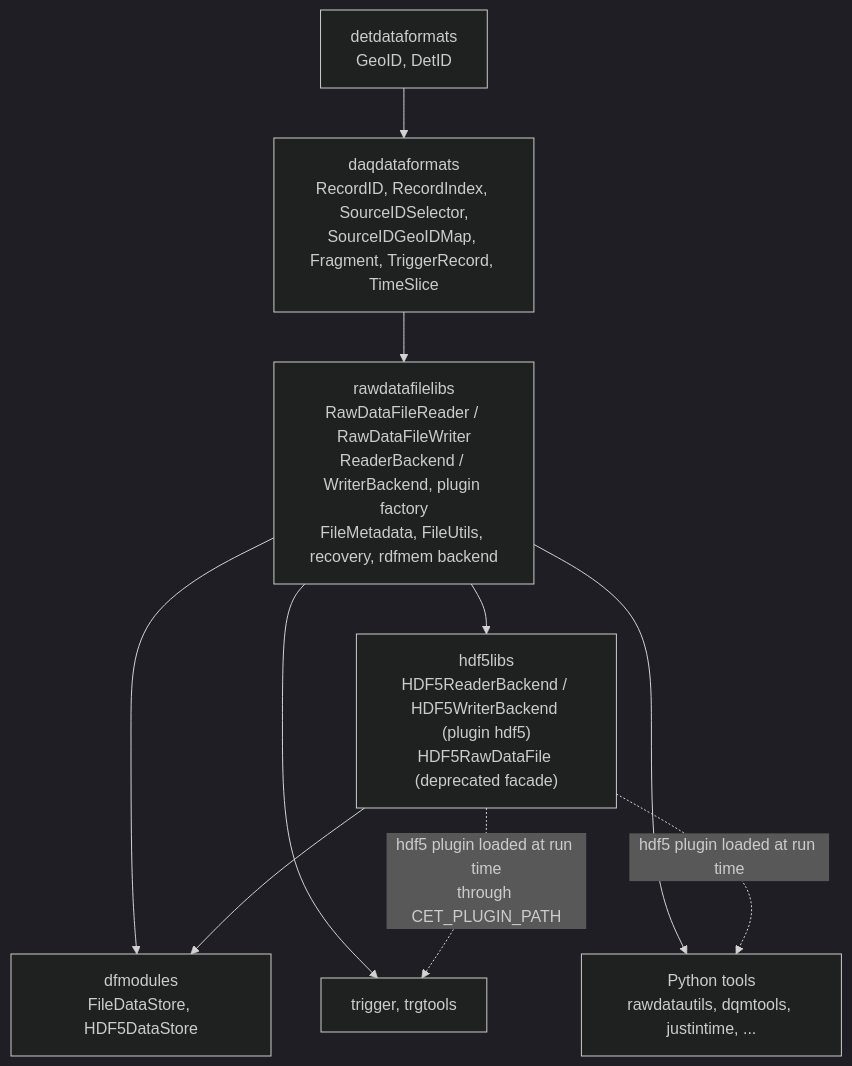
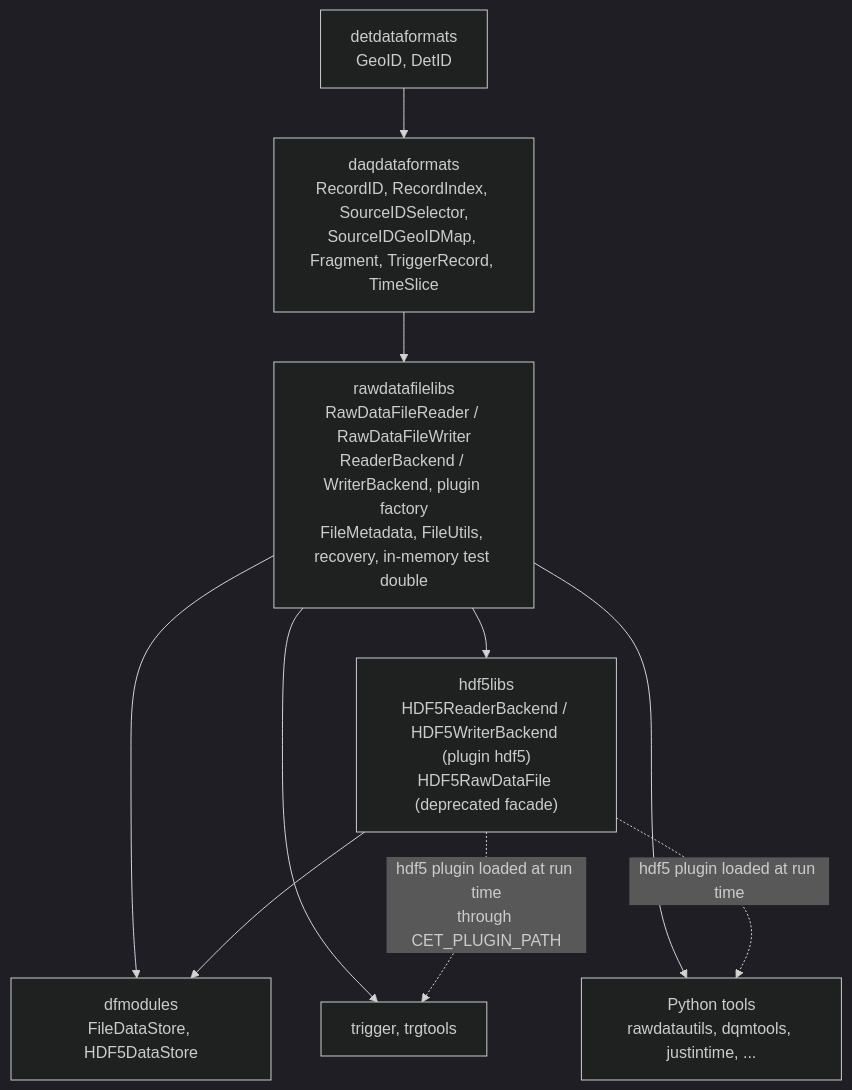
The first of 12 diagrams in docs/DESIGN.md (wesketchum/rawdatafilelibs), drawn with Mermaid (dark theme) before and after one commit. The commit also changed other lines of this file and 1 other file, not shown here.

Commit message:
Describe the in-memory backend as a test double in DESIGN.md and the bindings

````diff
--- a/docs/DESIGN.md
+++ b/docs/DESIGN.md
@@ -72,18 +73,18 @@
 ```mermaid
 flowchart TB
     det["detdataformats<br/>GeoID, DetID"]
     daq["daqdataformats<br/>RecordID, RecordIndex, SourceIDSelector,<br/>SourceIDGeoIDMap, Fragment, TriggerRecord, TimeSlice"]
-    rdf["rawdatafilelibs<br/>RawDataFileReader / RawDataFileWriter<br/>ReaderBackend / WriterBackend, plugin factory<br/>FileMetadata, FileUtils, recovery, rdfmem backend"]
+    rdf["rawdatafilelibs<br/>RawDataFileReader / RawDataFileWriter<br/>ReaderBackend / WriterBackend, plugin factory<br/>FileMetadata, FileUtils, recovery, in-memory test double"]
     h5["hdf5libs<br/>HDF5ReaderBackend / HDF5WriterBackend (plugin hdf5)<br/>HDF5RawDataFile (deprecated facade)"]
     dfm["dfmodules<br/>FileDataStore, HDF5DataStore"]
     trg["trigger, trgtools"]
     py["Python tools<br/>rawdatautils, dqmtools, justintime, ..."]
 
     det --> daq --> rdf --> h5
     rdf --> dfm
     rdf --> trg
     rdf --> py
     h5 --> dfm
     h5 -. "hdf5 plugin loaded at run time<br/>through CET_PLUGIN_PATH" .-> trg
     h5 -. "hdf5 plugin loaded at run time" .-> py
 ```
````
